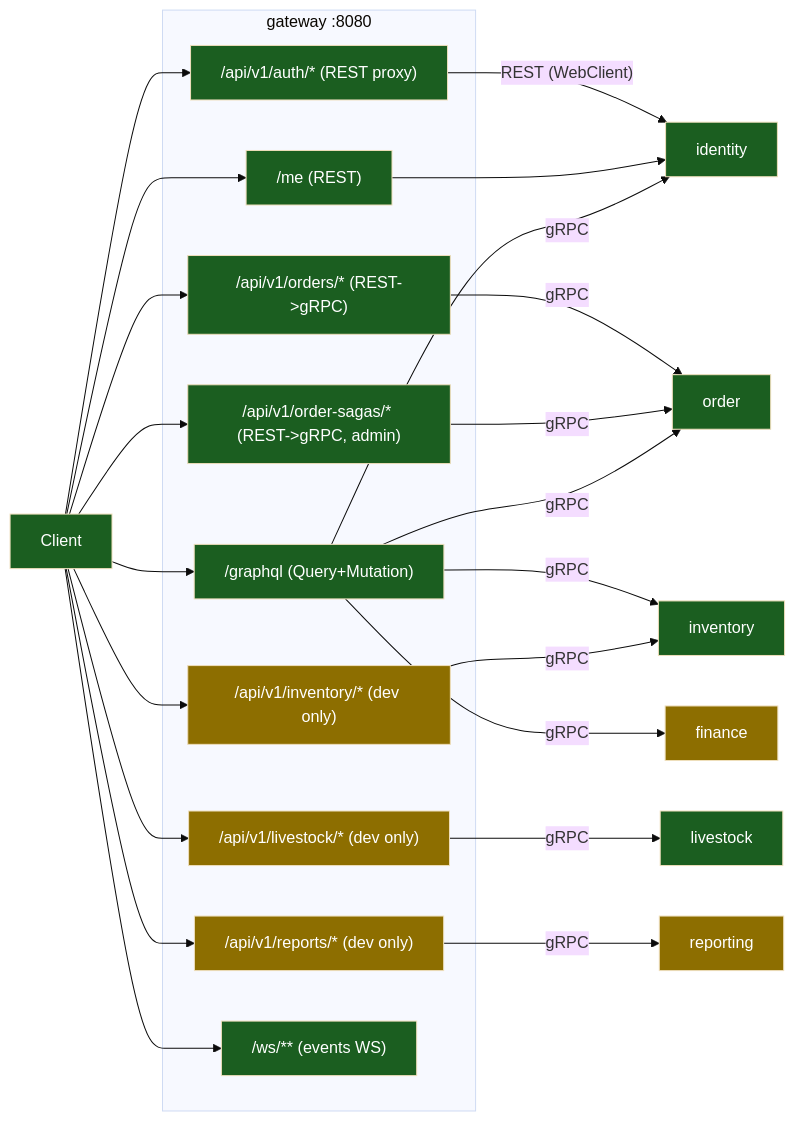
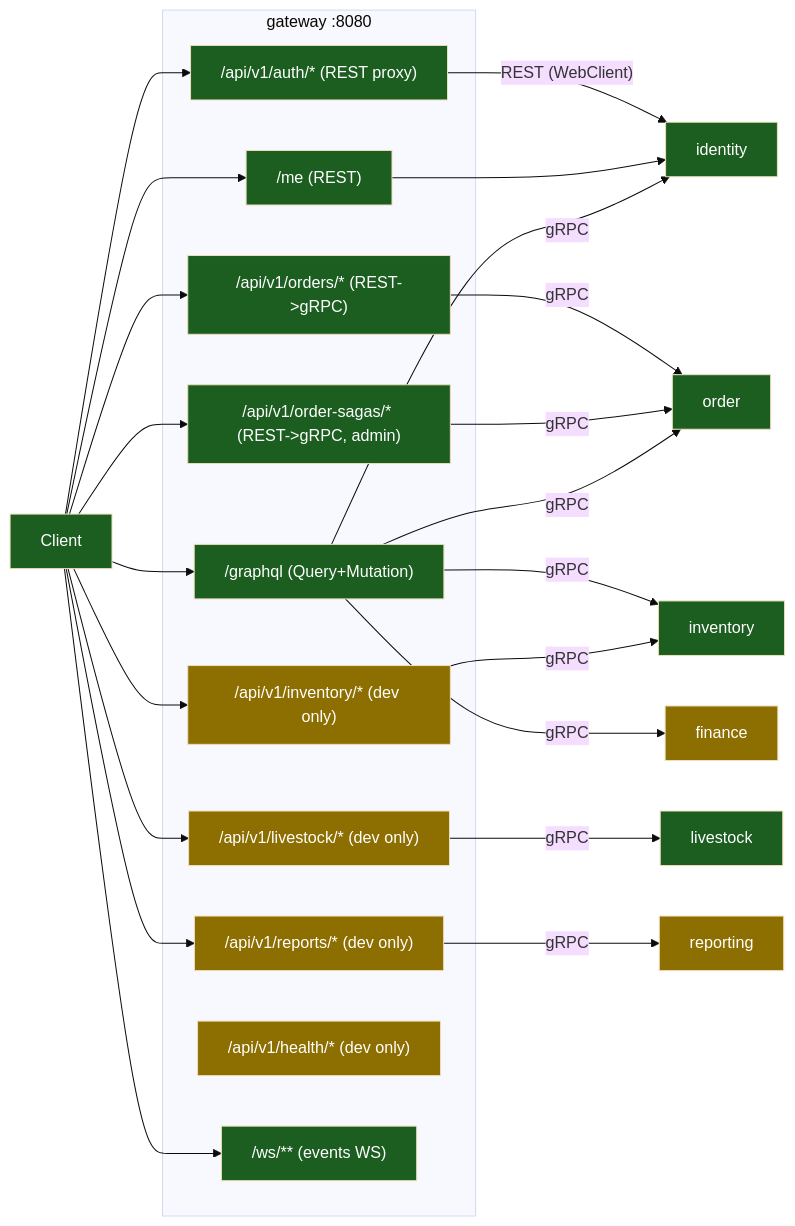
The third of 7 diagrams in docs/architecture/system-overview.md (hatrongvu13/smartfarm-platform-maven-starter), drawn with Mermaid (base theme) before and after one commit. The commit also changed other lines of this file and 2 other files, not shown here.

````diff
--- a/docs/architecture/system-overview.md
+++ b/docs/architecture/system-overview.md
@@ -77,25 +77,26 @@
 ```mermaid
 flowchart LR
   c["Client"]:::ok
   subgraph gw["gateway :8080"]
     auth["/api/v1/auth/* (REST proxy)"]:::ok
     me["/me (REST)"]:::ok
     ords["/api/v1/orders/* (REST->gRPC)"]:::ok
     saga["/api/v1/order-sagas/* (REST->gRPC, admin)"]:::ok
     gql["/graphql (Query+Mutation)"]:::ok
     livd["/api/v1/livestock/* (dev only)"]:::partial
     invd["/api/v1/inventory/* (dev only)"]:::partial
     repd["/api/v1/reports/* (dev only)"]:::partial
+    head["/api/v1/health/* (dev only)"]:::partial
     ws["/ws/** (events WS)"]:::ok
   end
   c --> auth & me & ords & saga & gql & livd & invd & repd & ws
   auth -->|"REST (WebClient)"| id["identity"]:::ok
   me --> id
   ords & saga -->|gRPC| ord["order"]:::ok
   gql -->|gRPC| id & ord & inv["inventory"]:::ok & fin["finance"]:::partial
   livd -->|gRPC| liv["livestock"]:::ok
   invd -->|gRPC| inv
   repd -->|gRPC| rep["reporting"]:::partial
   classDef ok fill:#1b5e20,color:#fff;
   classDef partial fill:#8d6e00,color:#fff;
 ```
````
